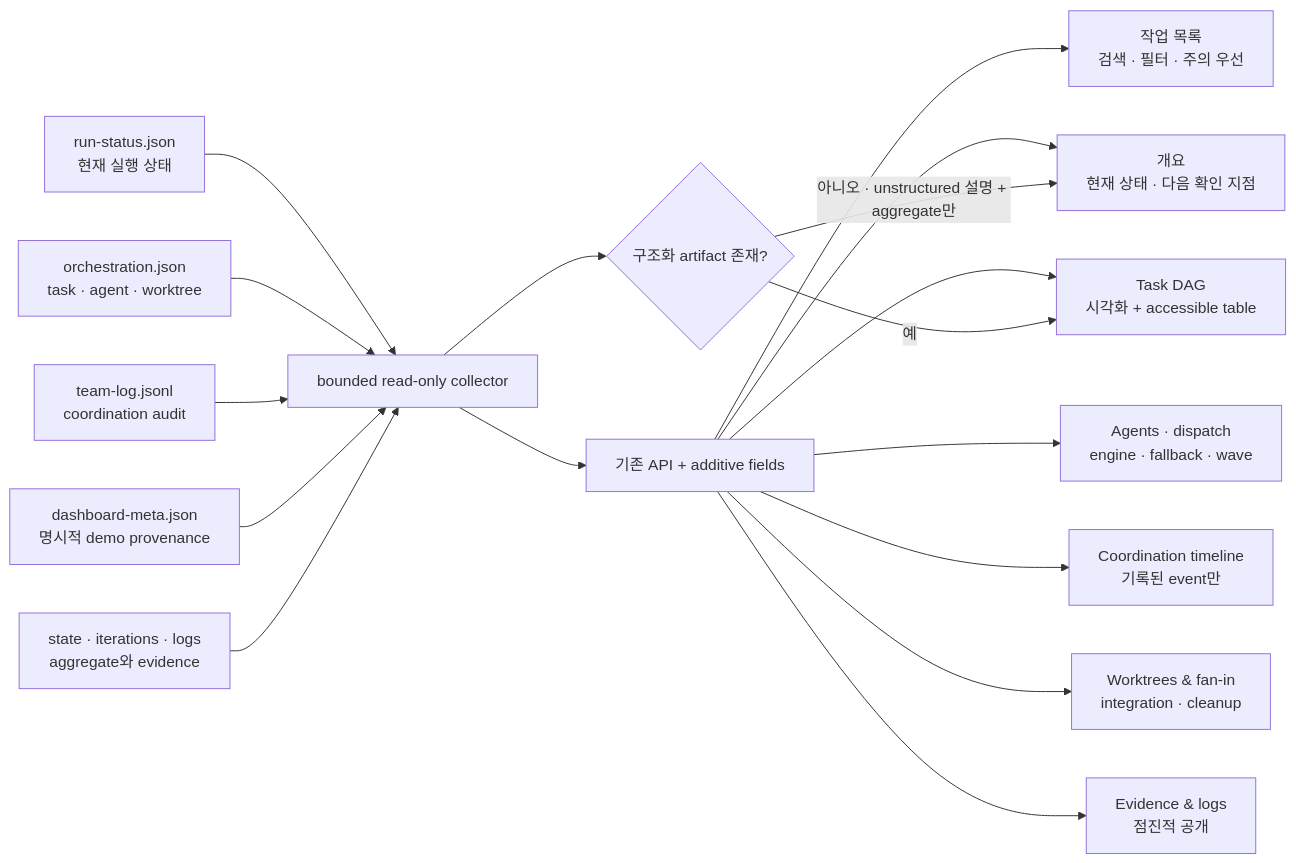
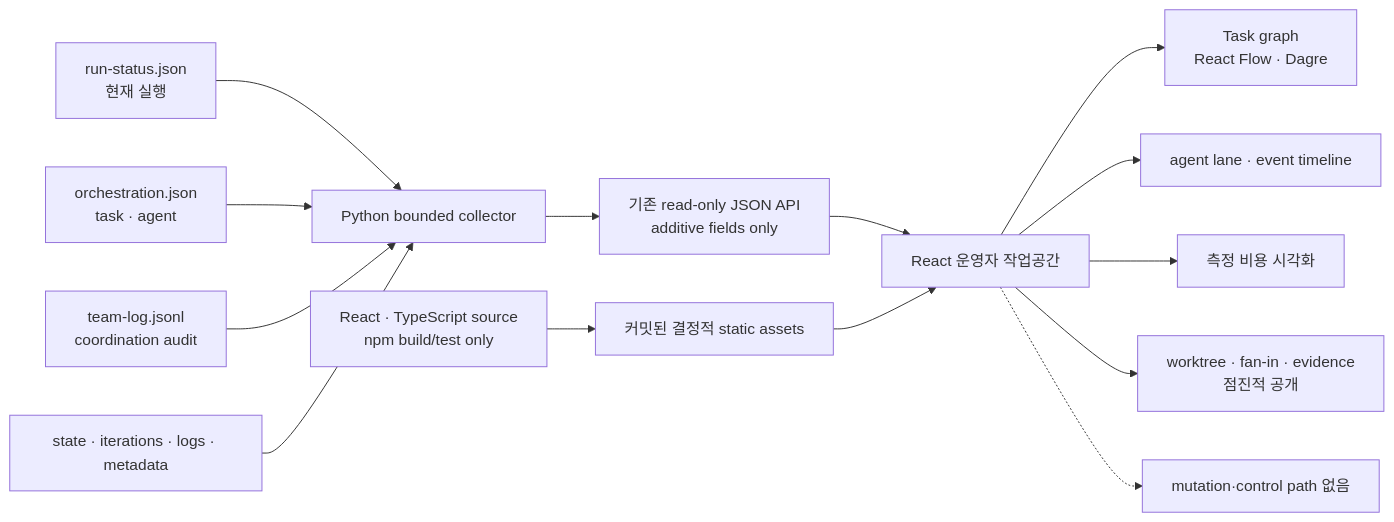
The diagram in docs/specs/2026-08-19-autoloop-dashboard-operator-ux.md (nohdol97/nohdol-harness), drawn with Mermaid before and after one commit. The commit also changed other lines of this file and 22 other files, not shown here.

````diff
--- a/docs/specs/2026-08-19-autoloop-dashboard-operator-ux.md
+++ b/docs/specs/2026-08-19-autoloop-dashboard-operator-ux.md
@@ -52,19 +61,16 @@
 ```mermaid
 flowchart LR
-  RUN["run-status.json<br/>현재 실행 상태"] --> COLLECTOR["bounded read-only collector"]
-  ORCH["orchestration.json<br/>task · agent · worktree"] --> COLLECTOR
-  TEAM["team-log.jsonl<br/>coordination audit"] --> COLLECTOR
-  META["dashboard-meta.json<br/>명시적 demo provenance"] --> COLLECTOR
-  HISTORY["state · iterations · logs<br/>aggregate와 evidence"] --> COLLECTOR
-  COLLECTOR --> API["기존 API + additive fields"]
-  API --> LIST["작업 목록<br/>검색 · 필터 · 주의 우선"]
-  API --> OVERVIEW["개요<br/>현재 상태 · 다음 확인 지점"]
-  API --> DAG["Task DAG<br/>시각화 + accessible table"]
-  API --> AGENTS["Agents · dispatch<br/>engine · fallback · wave"]
-  API --> COORD["Coordination timeline<br/>기록된 event만"]
-  API --> FANIN["Worktrees & fan-in<br/>integration · cleanup"]
-  API --> EVIDENCE["Evidence & logs<br/>점진적 공개"]
-  COLLECTOR --> TRACKING{"구조화 artifact 존재?"}
-  TRACKING -->|"아니오 · unstructured 설명 + aggregate만"| OVERVIEW
-  TRACKING -->|"예"| DAG
+  RUN["run-status.json<br/>현재 실행"] --> COLLECT["Python bounded collector"]
+  ORCH["orchestration.json<br/>task · agent"] --> COLLECT
+  TEAM["team-log.jsonl<br/>coordination audit"] --> COLLECT
+  OTHER["state · iterations · logs · metadata"] --> COLLECT
+  COLLECT --> API["기존 read-only JSON API<br/>additive fields only"]
+  BUILD["React · TypeScript source<br/>npm build/test only"] --> DIST["커밋된 결정적 static assets"]
+  API --> APP["React 운영자 작업공간"]
+  DIST --> APP
+  APP --> GRAPH["Task graph<br/>React Flow · Dagre"]
+  APP --> ACTIVITY["agent lane · event timeline"]
+  APP --> COST["측정 비용 시각화"]
+  APP --> DETAILS["worktree · fan-in · evidence<br/>점진적 공개"]
+  APP -.-> CONTROL["mutation·control path 없음"]
 ```
````
